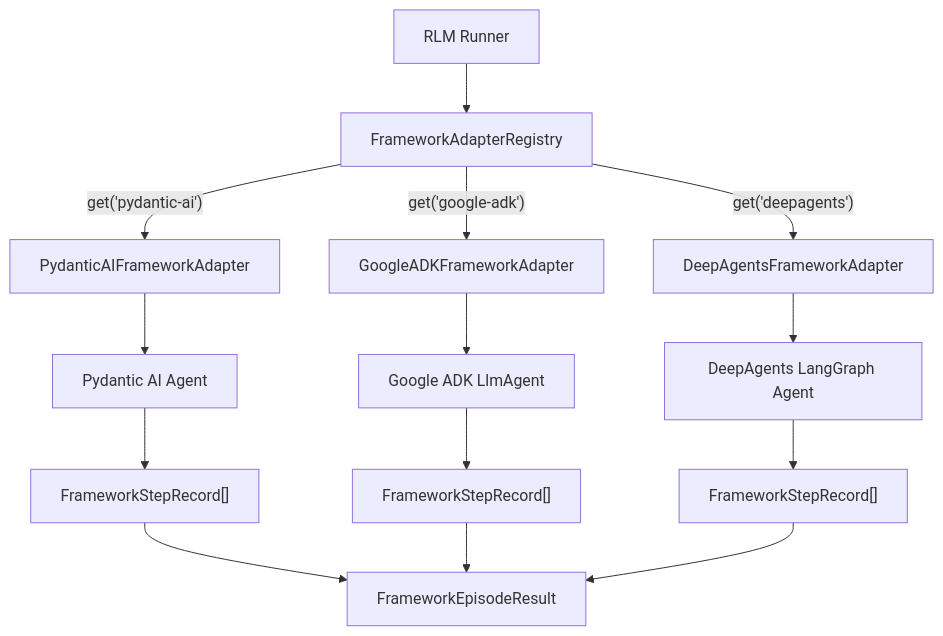
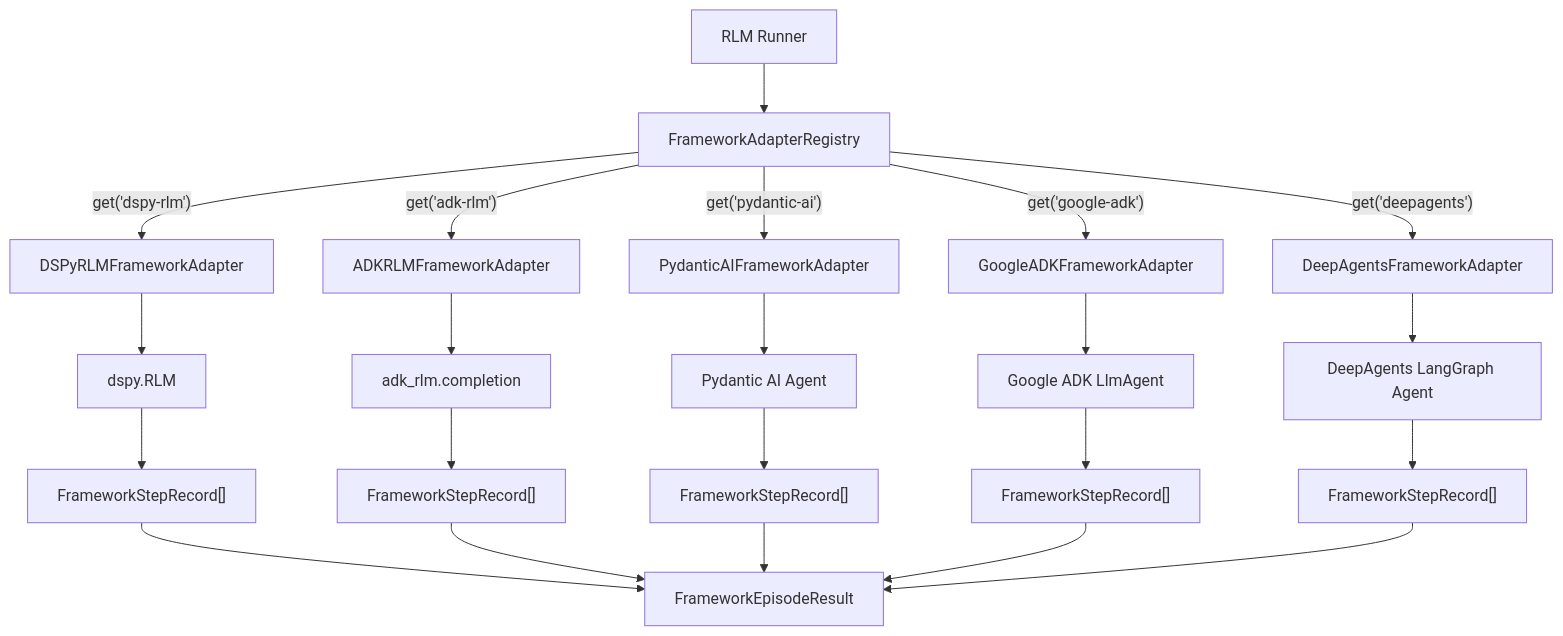
Before and after one commit to SuperagenticAI/rlm-code: the diagram in docs/integrations/frameworks.md, drawn with Mermaid. The commit also changed other lines of this file and 195 other files, not shown here.

````diff
--- a/docs/integrations/frameworks.md
+++ b/docs/integrations/frameworks.md
@@ -25,16 +28,24 @@
 ```mermaid
 graph TD
     Runner["RLM Runner"] --> Registry["FrameworkAdapterRegistry"]
+    Registry -->|"get('dspy-rlm')"| DSPyRLM["DSPyRLMFrameworkAdapter"]
+    Registry -->|"get('adk-rlm')"| ADKRLM["ADKRLMFrameworkAdapter"]
     Registry -->|"get('pydantic-ai')"| PydAI["PydanticAIFrameworkAdapter"]
     Registry -->|"get('google-adk')"| ADK["GoogleADKFrameworkAdapter"]
     Registry -->|"get('deepagents')"| DA["DeepAgentsFrameworkAdapter"]
+    DSPyRLM --> Agent0["dspy.RLM"]
+    ADKRLM --> Agent00["adk_rlm.completion"]
     PydAI --> Agent1["Pydantic AI Agent"]
     ADK --> Agent2["Google ADK LlmAgent"]
     DA --> Agent3["DeepAgents LangGraph Agent"]
+    Agent0 --> Steps0["FrameworkStepRecord[]"]
+    Agent00 --> Steps00["FrameworkStepRecord[]"]
     Agent1 --> Steps1["FrameworkStepRecord[]"]
     Agent2 --> Steps2["FrameworkStepRecord[]"]
     Agent3 --> Steps3["FrameworkStepRecord[]"]
+    Steps0 --> Result["FrameworkEpisodeResult"]
+    Steps00 --> Result
     Steps1 --> Result["FrameworkEpisodeResult"]
     Steps2 --> Result
     Steps3 --> Result
 ```
````
